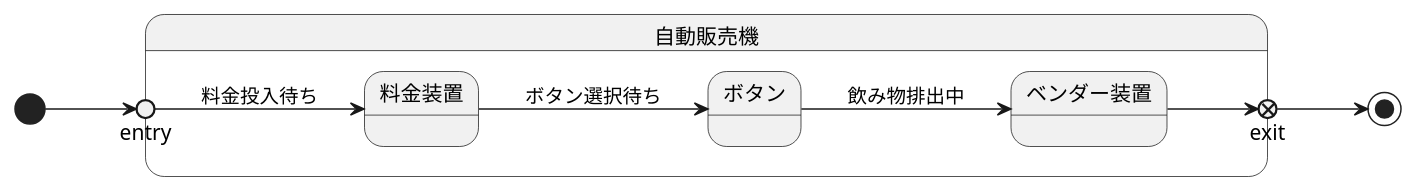
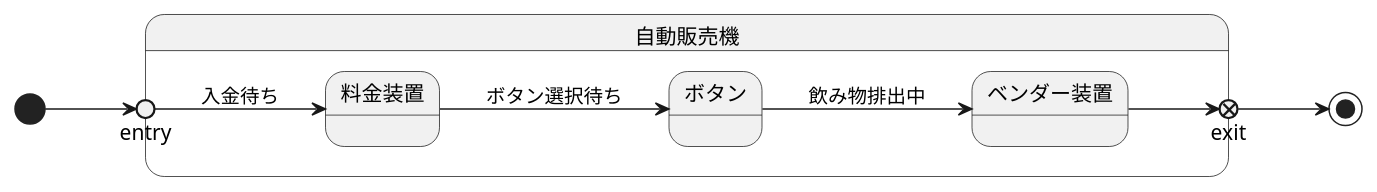
The diagram in 演習6-4-5_ステートマシン図_自動販売機.pu (tanumahikaru/uml-into), drawn with PlantUML before and after one commit.

Commit message:
なおし

```diff
--- a/演習6-4-5_ステートマシン図_自動販売機.pu
+++ b/演習6-4-5_ステートマシン図_自動販売機.pu
@@ -1,16 +1,16 @@
-@startuml 演習6-45
+@startuml 演習6-4-5
 left to right direction
 
 state 自動販売機 {
     state entry <<entryPoint>>
     state exit <<exitPoint>>
     
-    entry --> 料金装置 : 料金投入待ち
+    entry --> 料金装置 : 入金待ち
     料金装置 --> ボタン : ボタン選択待ち
     ボタン --> ベンダー装置 : 飲み物排出中
     ベンダー装置 --> exit 
 }
 
 [*] --> entry
 exit --> [*]
 @enduml
```
